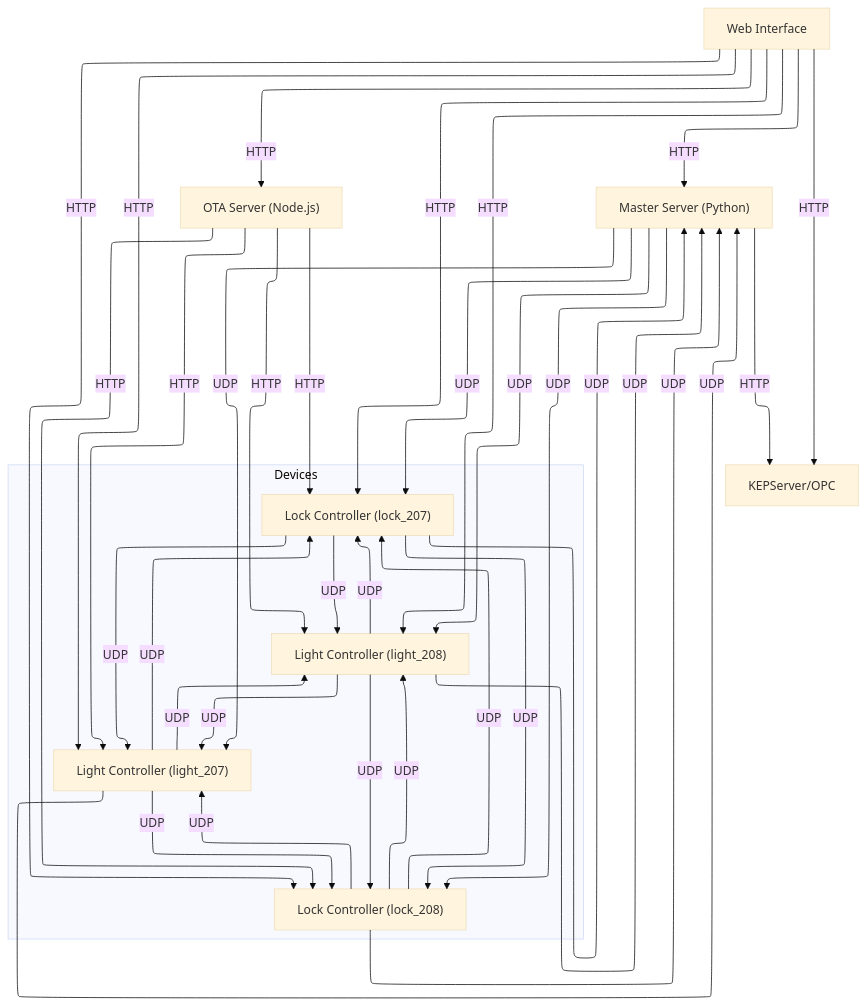
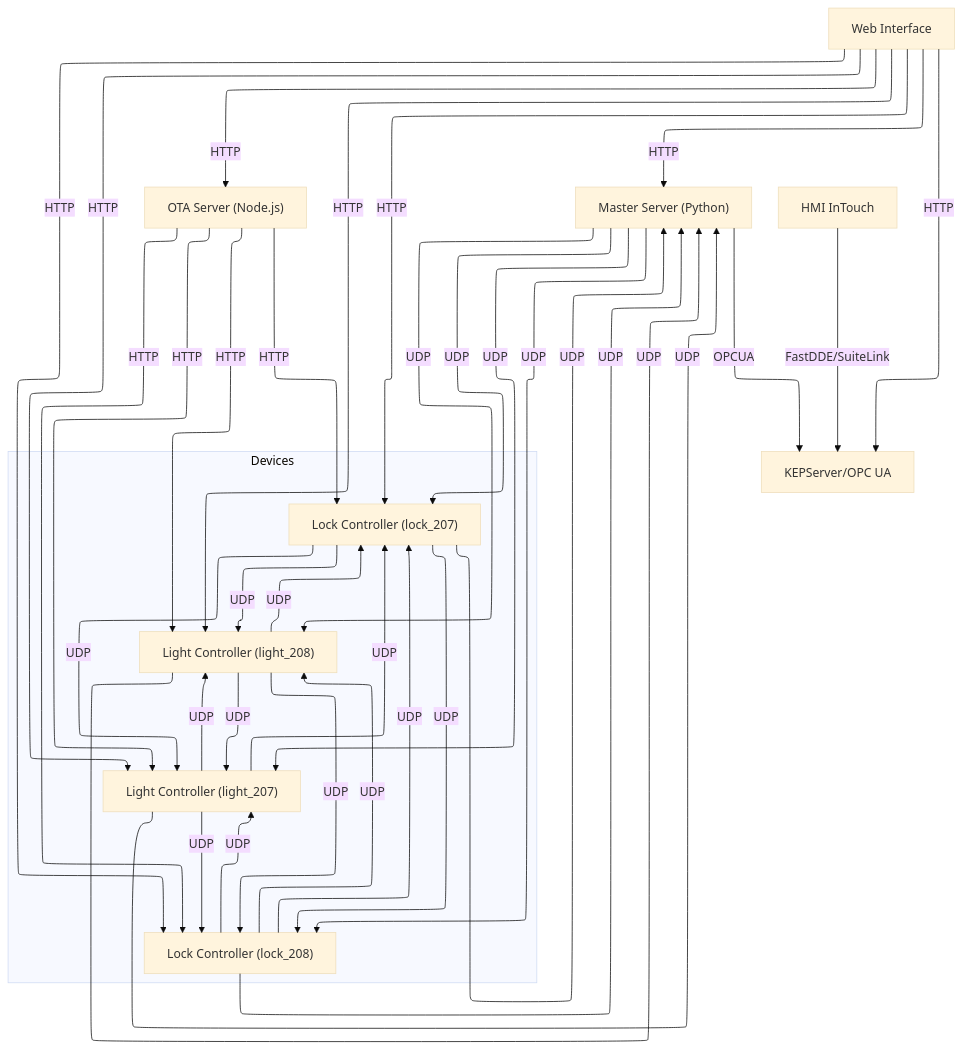
The diagram in Documentation/mesh_topology.mmd (snackmasta/sakan-munazam), drawn with Mermaid before and after one commit. The commit also changed 3 other files, not shown here.

Commit message:
feat: Update mesh topology documentation and enhance KEPServer connection logging

```diff
--- a/Documentation/mesh_topology.mmd
+++ b/Documentation/mesh_topology.mmd
@@ -1,57 +1,61 @@
 ---
 config:
   layout: elk
   theme: base
 ---
 flowchart TD
     WebInterface["Web Interface"]
     OTAServer["OTA Server (Node.js)"]
     Master["Master Server (Python)"]
-    KEPServer["KEPServer/OPC"]
+    KEPServer["KEPServer/OPC UA"]
+    HMI["HMI InTouch"]
     Light_207["Light Controller (light_207)"]
     Light_208["Light Controller (light_208)"]
     Lock_207["Lock Controller (lock_207)"]
     Lock_208["Lock Controller (lock_208)"]
 
     %% Core system connections
     WebInterface -- HTTP --> OTAServer
     WebInterface -- HTTP --> Master
     WebInterface -- HTTP --> KEPServer
     WebInterface -- HTTP --> Light_207
     WebInterface -- HTTP --> Light_208
     WebInterface -- HTTP --> Lock_207
     WebInterface -- HTTP --> Lock_208
     OTAServer -- HTTP --> Light_207
     OTAServer -- HTTP --> Light_208
     OTAServer -- HTTP --> Lock_207
     OTAServer -- HTTP --> Lock_208
     Master -- UDP --> Light_207
     Master -- UDP --> Light_208
     Master -- UDP --> Lock_207
     Master -- UDP --> Lock_208
     Light_207 -- UDP --> Master
     Light_208 -- UDP --> Master
     Lock_207 -- UDP --> Master
     Lock_208 -- UDP --> Master
-    Master -- HTTP --> KEPServer
+    Master -- OPCUA --> KEPServer
+
+    %% HMI connection
+    HMI -- "FastDDE/SuiteLink" --> KEPServer
 
     %% Mesh connections between all slave devices (bidirectional)
     Light_207 -- UDP --> Light_208
     Light_207 -- UDP --> Lock_207
     Light_207 -- UDP --> Lock_208
     Light_208 -- UDP --> Light_207
     Light_208 -- UDP --> Lock_207
     Light_208 -- UDP --> Lock_208
     Lock_207 -- UDP --> Light_207
     Lock_207 -- UDP --> Light_208
     Lock_207 -- UDP --> Lock_208
     Lock_208 -- UDP --> Light_207
     Lock_208 -- UDP --> Light_208
     Lock_208 -- UDP --> Lock_207
 
     subgraph Devices
         Light_207
         Light_208
         Lock_207
         Lock_208
     end
```
